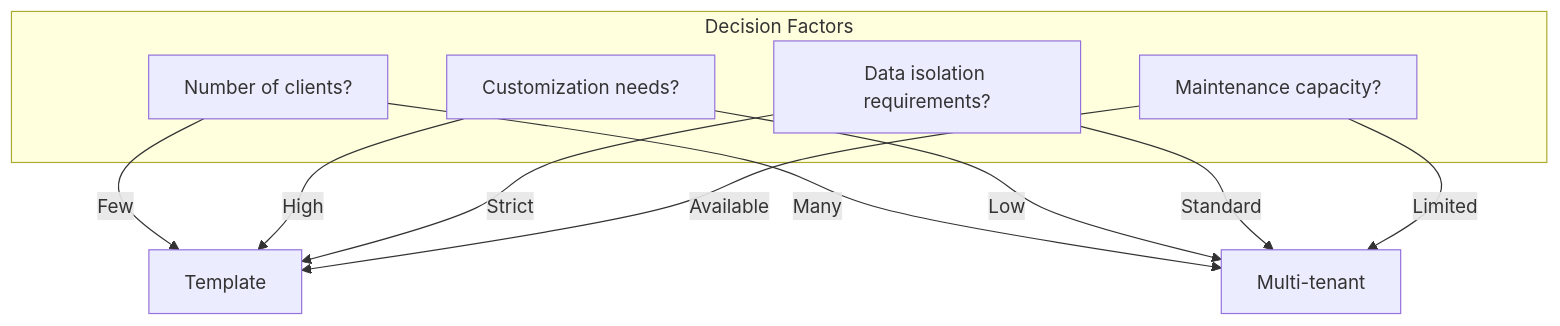
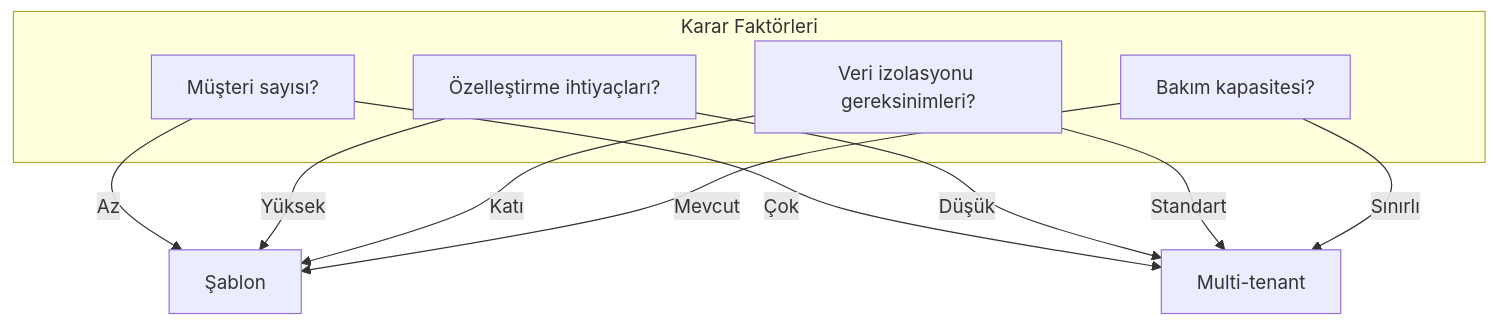
One commit to beyhanmeyrali/sap-all changed the sixth of 8 diagrams in Technical Tutorials/BTP/TR/chapters/13-cross-customer-deployments.md. Above: the diagram before and after it, drawn with Mermaid. The commit also changed other lines of this file and 11 other files, not shown here.

````diff
--- a/Technical Tutorials/BTP/TR/chapters/13-cross-customer-deployments.md
+++ b/Technical Tutorials/BTP/TR/chapters/13-cross-customer-deployments.md
@@ -214,21 +214,21 @@
 ```mermaid
 graph TD
-    subgraph "Decision Factors"
-        F1[Number of clients?]
-        F2[Customization needs?]
-        F3[Data isolation requirements?]
-        F4[Maintenance capacity?]
+    subgraph "Karar Faktörleri"
+        F1[Müşteri sayısı?]
+        F2[Özelleştirme ihtiyaçları?]
+        F3[Veri izolasyonu gereksinimleri?]
+        F4[Bakım kapasitesi?]
     end
 
-    F1 --> |"Few"| R1[Template]
-    F1 --> |"Many"| R2[Multi-tenant]
+    F1 --> |"Az"| R1[Şablon]
+    F1 --> |"Çok"| R2[Multi-tenant]
 
-    F2 --> |"High"| R1
-    F2 --> |"Low"| R2
+    F2 --> |"Yüksek"| R1
+    F2 --> |"Düşük"| R2
 
-    F3 --> |"Strict"| R1
-    F3 --> |"Standard"| R2
+    F3 --> |"Katı"| R1
+    F3 --> |"Standart"| R2
 
-    F4 --> |"Limited"| R2
-    F4 --> |"Available"| R1
+    F4 --> |"Sınırlı"| R2
+    F4 --> |"Mevcut"| R1
 ```
````
